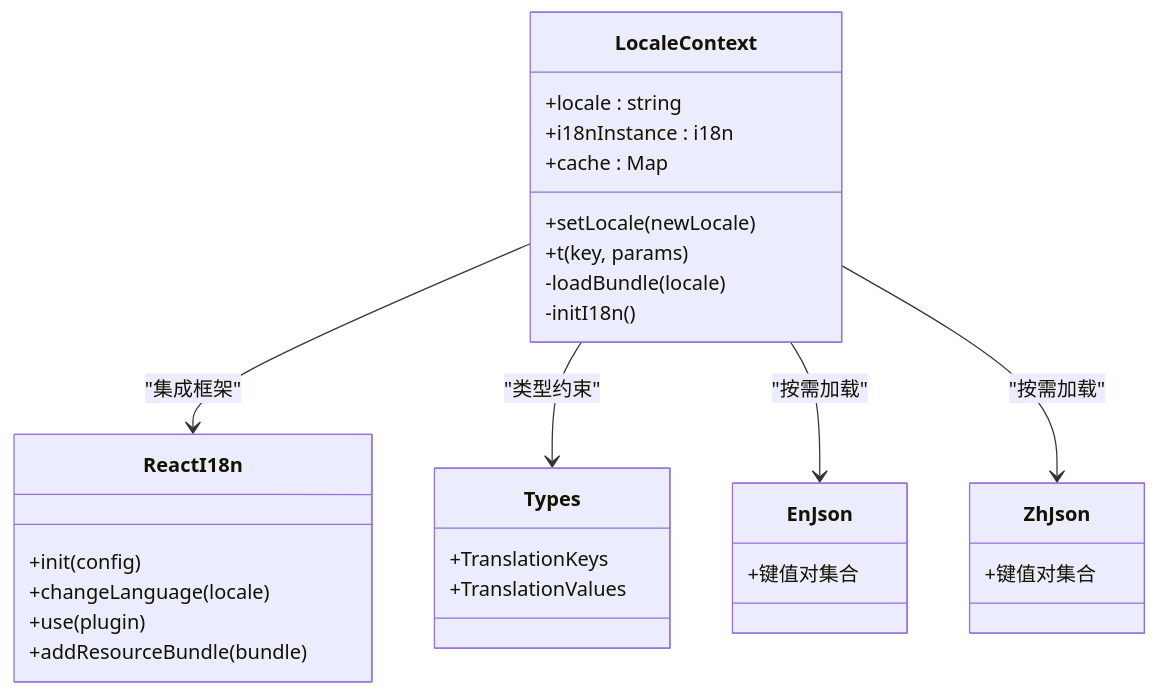
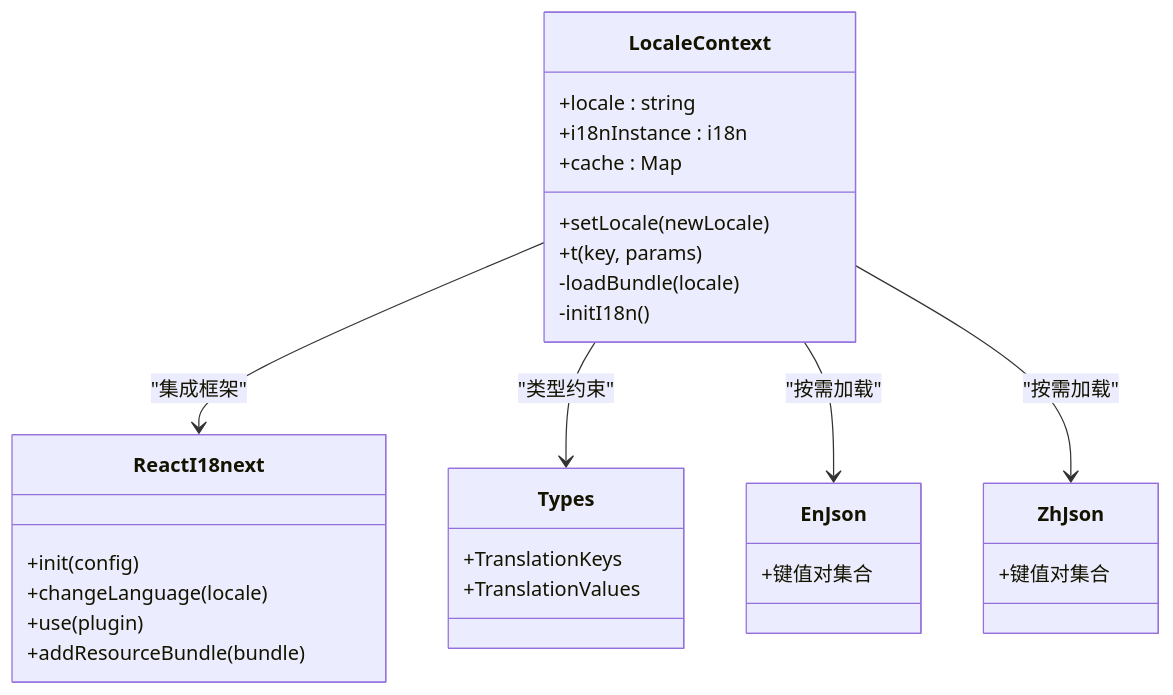
The third of 5 diagrams in .qoder/repowiki/zh/content/国际化系统.md (Hu-Right/supply-os), drawn with Mermaid before and after one commit. The commit also changed other lines of this file and 16 other files, not shown here.

````diff
--- a/.qoder/repowiki/zh/content/国际化系统.md
+++ b/.qoder/repowiki/zh/content/国际化系统.md
@@ -137,32 +145,32 @@
 ```mermaid
 classDiagram
 class LocaleContext {
 +locale : string
 +i18nInstance : i18n
 +cache : Map<string, object>
 +setLocale(newLocale)
 +t(key, params)
 -loadBundle(locale)
 -initI18n()
 }
-class ReactI18n {
+class ReactI18next {
 +init(config)
 +changeLanguage(locale)
 +use(plugin)
 +addResourceBundle(bundle)
 }
 class Types {
 +TranslationKeys
 +TranslationValues
 }
 class EnJson {
 +键值对集合
 }
 class ZhJson {
 +键值对集合
 }
-LocaleContext --> ReactI18n : "集成框架"
+LocaleContext --> ReactI18next : "集成框架"
 LocaleContext --> Types : "类型约束"
 LocaleContext --> EnJson : "按需加载"
 LocaleContext --> ZhJson : "按需加载"
 ```
````
